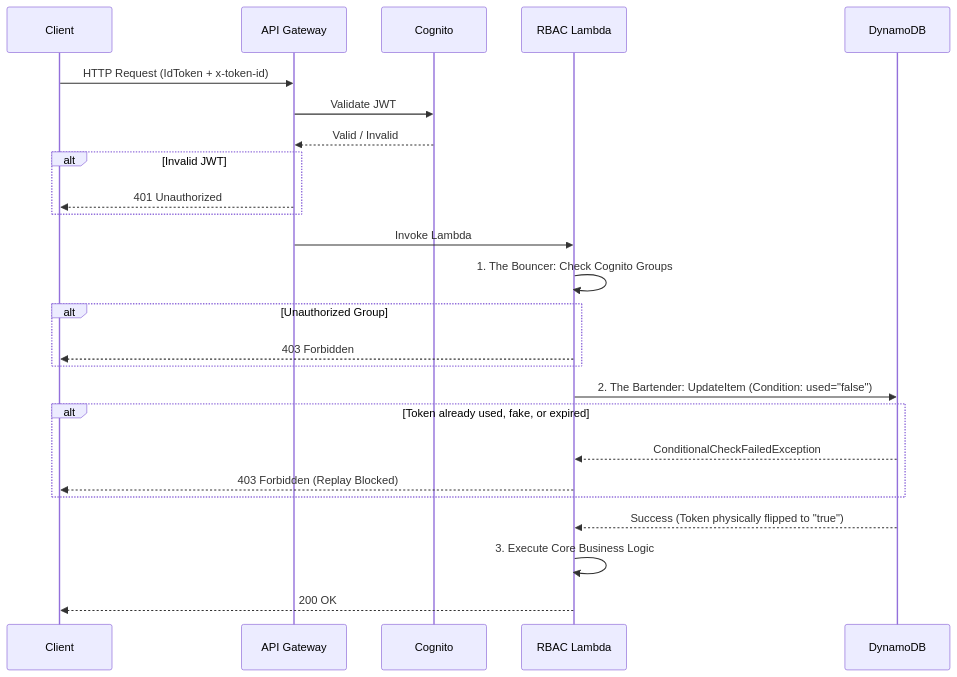
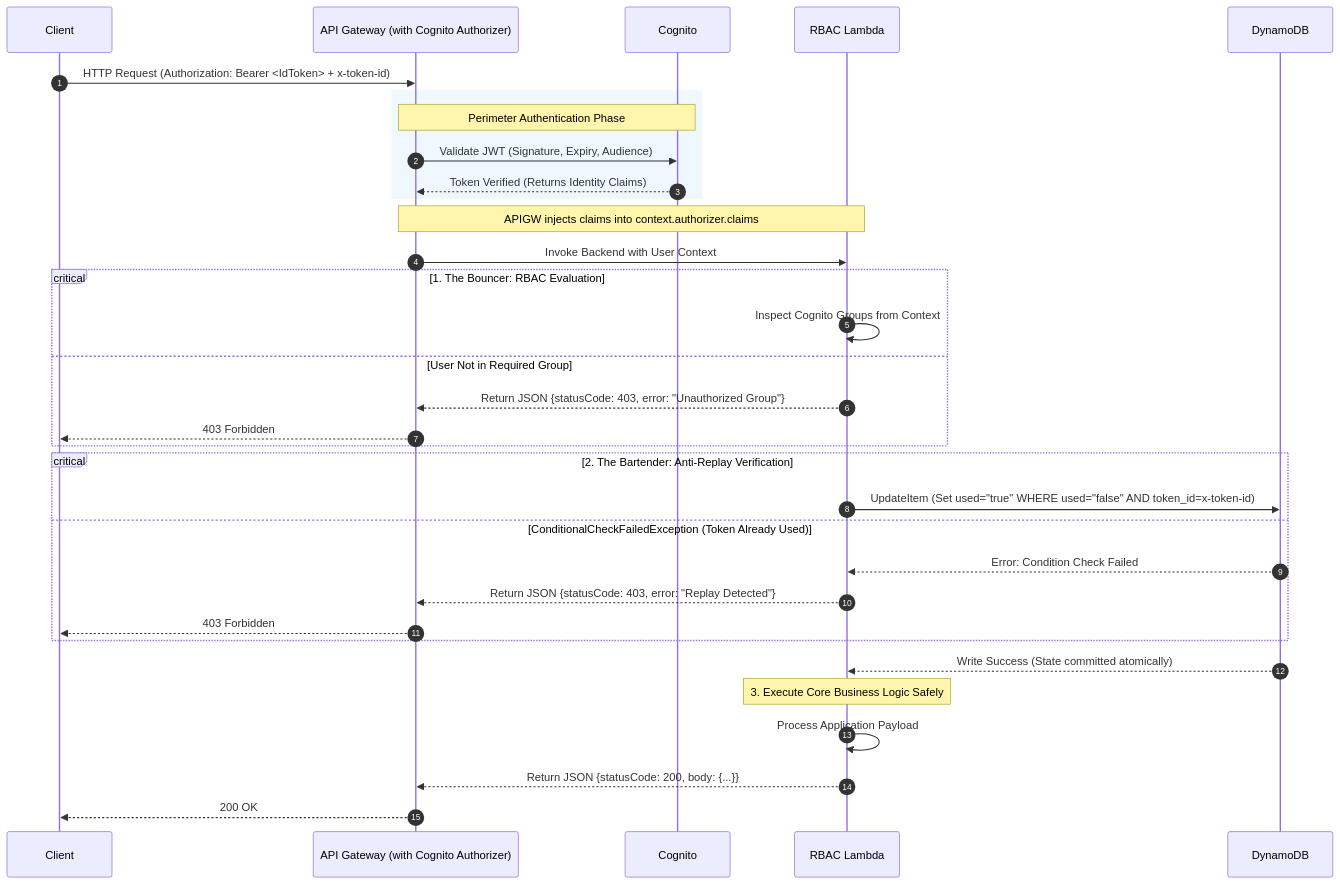
The diagram in 0_notes/1.Project_Documentations/04.DynamoDB_Detection_Telemetry/02.RBAC_&_Replay.md (Jae1-alt/lambda_project), drawn with Mermaid before and after one commit. The commit also changed 6 other files, not shown here.

````diff
--- a/0_notes/1.Project_Documentations/04.DynamoDB_Detection_Telemetry/02.RBAC_&_Replay.md
+++ b/0_notes/1.Project_Documentations/04.DynamoDB_Detection_Telemetry/02.RBAC_&_Replay.md
@@ -16,34 +16,47 @@
 ```mermaid
 sequenceDiagram
+    autonumber
     participant Client
-    participant APIGW as API Gateway
+    participant APIGW as API Gateway (with Cognito Authorizer)
     participant Cognito
     participant Lambda as RBAC Lambda
     participant DDB as DynamoDB
 
-    Client->>APIGW: HTTP Request (IdToken + x-token-id)
-    APIGW->>Cognito: Validate JWT
-    Cognito-->>APIGW: Valid / Invalid
+    %% Phase 1: Managed Perimeter Security
+    Client->>APIGW: HTTP Request (Authorization: Bearer <IdToken> + x-token-id)
     
-    alt Invalid JWT
-        APIGW-->>Client: 401 Unauthorized
+    rect rgb(240, 248, 255)
+        note over APIGW, Cognito: Perimeter Authentication Phase
+        APIGW->>Cognito: Validate JWT (Signature, Expiry, Audience)
+        Cognito-->>APIGW: Token Verified (Returns Identity Claims)
+    end
+
+    %% Phase 2: Authorization & Anti-Replay
+    note over APIGW, Lambda: APIGW injects claims into context.authorizer.claims
+    APIGW->>Lambda: Invoke Backend with User Context
+    
+    critical 1. The Bouncer: RBAC Evaluation
+        Lambda->>Lambda: Inspect Cognito Groups from Context
+    option User Not in Required Group
+        Lambda-->>APIGW: Return JSON {statusCode: 403, error: "Unauthorized Group"}
+        APIGW-->>Client: 403 Forbidden
     end
     
-    APIGW->>Lambda: Invoke Lambda
-    Lambda->>Lambda: 1. The Bouncer: Check Cognito Groups
-    
-    alt Unauthorized Group
-        Lambda-->>Client: 403 Forbidden
+    critical 2. The Bartender: Anti-Replay Verification
+        Lambda->>DDB: UpdateItem (Set used="true" WHERE used="false" AND token_id=x-token-id)
+    option ConditionalCheckFailedException (Token Already Used)
+        DDB-->>Lambda: Error: Condition Check Failed
+        Lambda-->>APIGW: Return JSON {statusCode: 403, error: "Replay Detected"}
+        APIGW-->>Client: 403 Forbidden
     end
     
-    Lambda->>DDB: 2. The Bartender: UpdateItem (Condition: used="false")
+    %% Phase 3: Core Execution
+    DDB-->>Lambda: Write Success (State committed atomically)
     
-    alt Token already used, fake, or expired
-        DDB-->>Lambda: ConditionalCheckFailedException
-        Lambda-->>Client: 403 Forbidden (Replay Blocked)
-    end
+    note over Lambda: 3. Execute Core Business Logic Safely
+    Lambda->>Lambda: Process Application Payload
     
-    DDB-->>Lambda: Success (Token physically flipped to "true")
-    Lambda->>Lambda: 3. Execute Core Business Logic
-    Lambda-->>Client: 200 OK
+    Lambda-->>APIGW: Return JSON {statusCode: 200, body: {...}}
+    APIGW-->>Client: 200 OK
+
 ```
````
